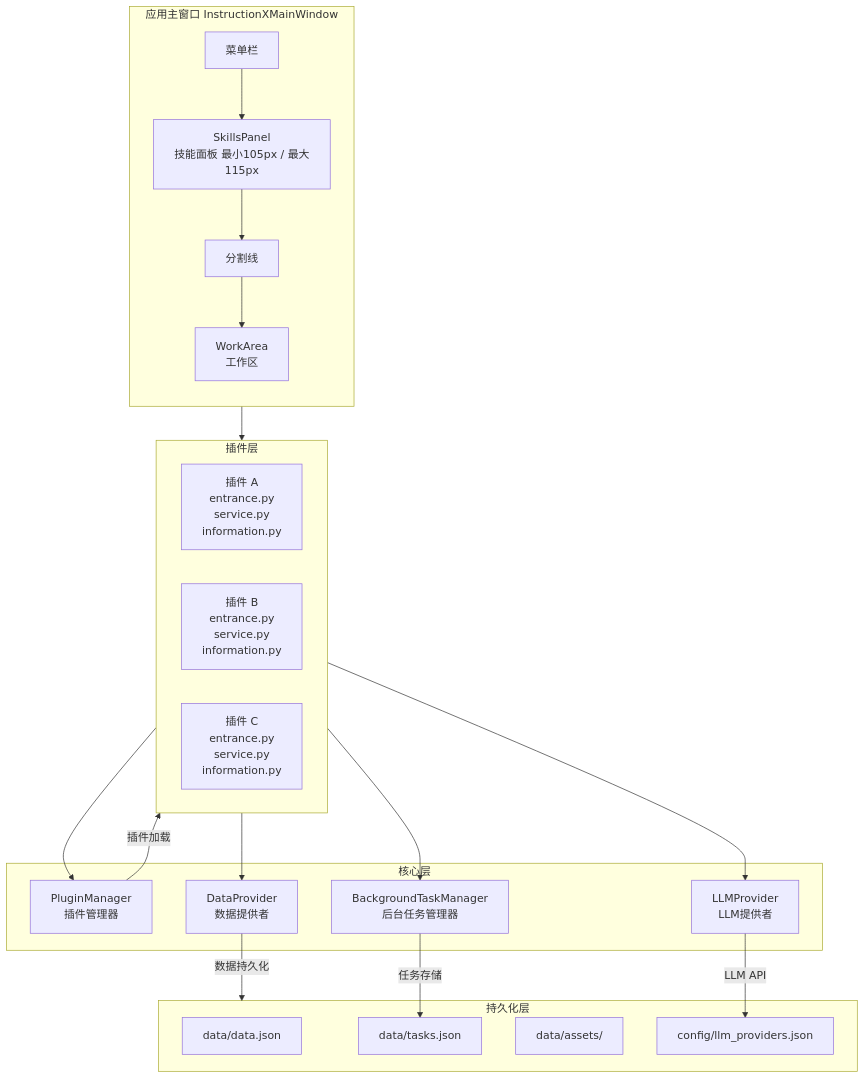
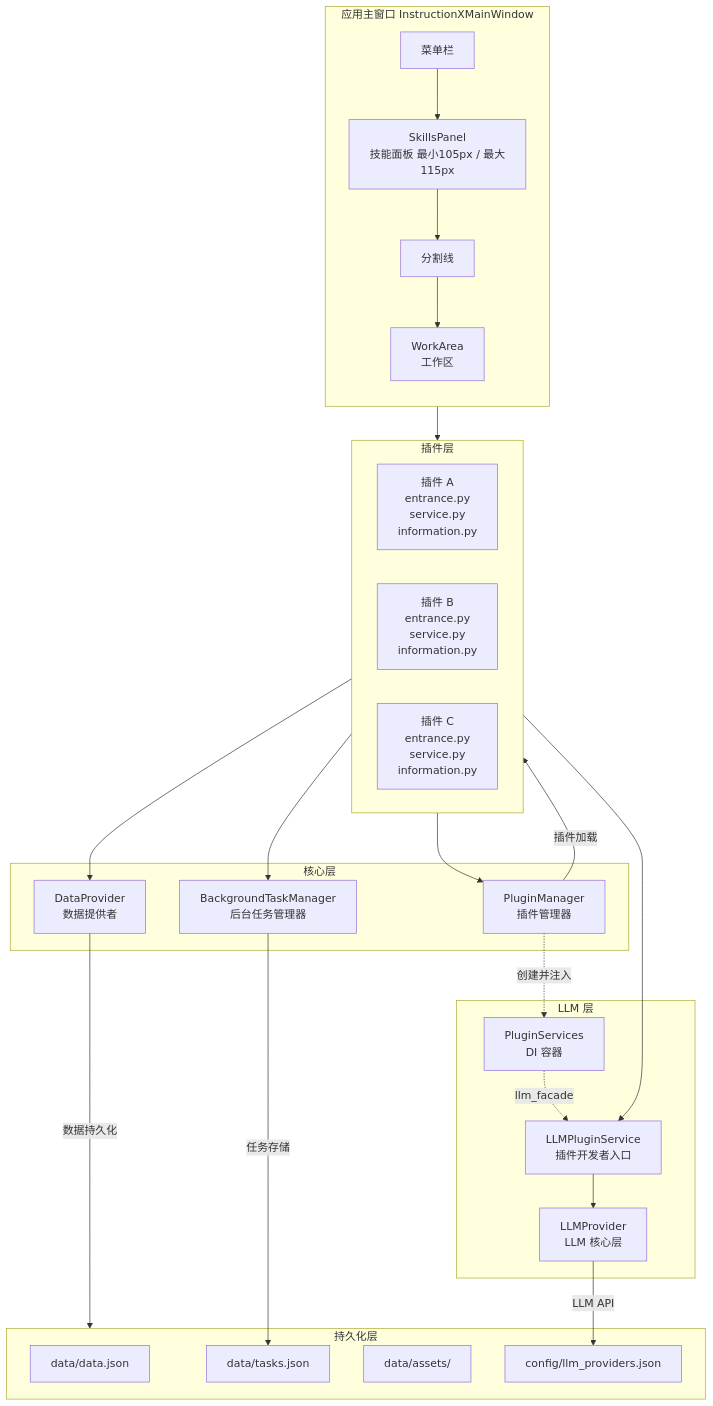
Before and after one commit to KKPIP-Tech/InstructionX: the first of 4 diagrams in docs/architecture/overview.md, drawn with Mermaid. The commit also changed other lines of this file and 21 other files, not shown here.

First line of the commit message:
docs: 同步文档与代码（LLM Provider / UI / 接口 / 架构）

````diff
--- a/docs/architecture/overview.md
+++ b/docs/architecture/overview.md
@@ -24,39 +24,47 @@
 ```mermaid
 graph TB
-    subgraph MainWindow["应用主窗口 InstructionXMainWindow"]
+    subgraph MainWindow ["应用主窗口 InstructionXMainWindow"]
         direction TB
-        Menu[菜单栏] --> SP["SkillsPanel<br/>技能面板 最小105px / 最大115px"]
-        SP --> Divider["分割线"]
-        Divider --> WA["WorkArea<br/>工作区"]
+        Menu[菜单栏] --> SP[SkillsPanel<br/>技能面板 最小105px / 最大115px]
+        SP --> Divider[分割线]
+        Divider --> WA[WorkArea<br/>工作区]
     end
 
-    subgraph Plugins["插件层"]
-        PA["插件 A<br/>entrance.py<br/>service.py<br/>information.py"]
-        PB["插件 B<br/>entrance.py<br/>service.py<br/>information.py"]
-        PC["插件 C<br/>entrance.py<br/>service.py<br/>information.py"]
+    subgraph Plugins ["插件层"]
+        PA[插件 A<br/>entrance.py<br/>service.py<br/>information.py]
+        PB[插件 B<br/>entrance.py<br/>service.py<br/>information.py]
+        PC[插件 C<br/>entrance.py<br/>service.py<br/>information.py]
     end
 
-    subgraph Core["核心层"]
-        PM["PluginManager<br/>插件管理器"]
-        DP["DataProvider<br/>数据提供者"]
-        BTM["BackgroundTaskManager<br/>后台任务管理器"]
-        LLM["LLMProvider<br/>LLM提供者"]
+    subgraph Core ["核心层"]
+        PM[PluginManager<br/>插件管理器]
+        DP[DataProvider<br/>数据提供者]
+        BTM[BackgroundTaskManager<br/>后台任务管理器]
     end
 
-    subgraph Storage["持久化层"]
-        DataJSON["data/data.json"]
-        TasksJSON["data/tasks.json"]
-        Assets["data/assets/"]
-        LLMConfig["config/llm_providers.json"]
+    subgraph LLM ["LLM 层"]
+        LLMS[LLMPluginService<br/>插件开发者入口]
+        LLMP[LLMProvider<br/>LLM 核心层]
+        PS[PluginServices<br/>DI 容器]
+    end
+
+    subgraph Storage ["持久化层"]
+        DataJSON[data/data.json]
+        TasksJSON[data/tasks.json]
+        Assets[data/assets/]
+        LLMConfig[config/llm_providers.json]
     end
 
     MainWindow --> Plugins
     Plugins --> PM
     Plugins --> DP
     Plugins --> BTM
-    Plugins --> LLM
+    Plugins --> LLMS
+    PM -.->|创建并注入| PS
+    PS -.->|llm_facade| LLMS
+    LLMS --> LLMP
+    LLMP -->|LLM API| LLMConfig
     PM -->|插件加载| Plugins
     DP -->|数据持久化| Storage
     BTM -->|任务存储| TasksJSON
-    LLM -->|LLM API| LLMConfig
 ```
````
